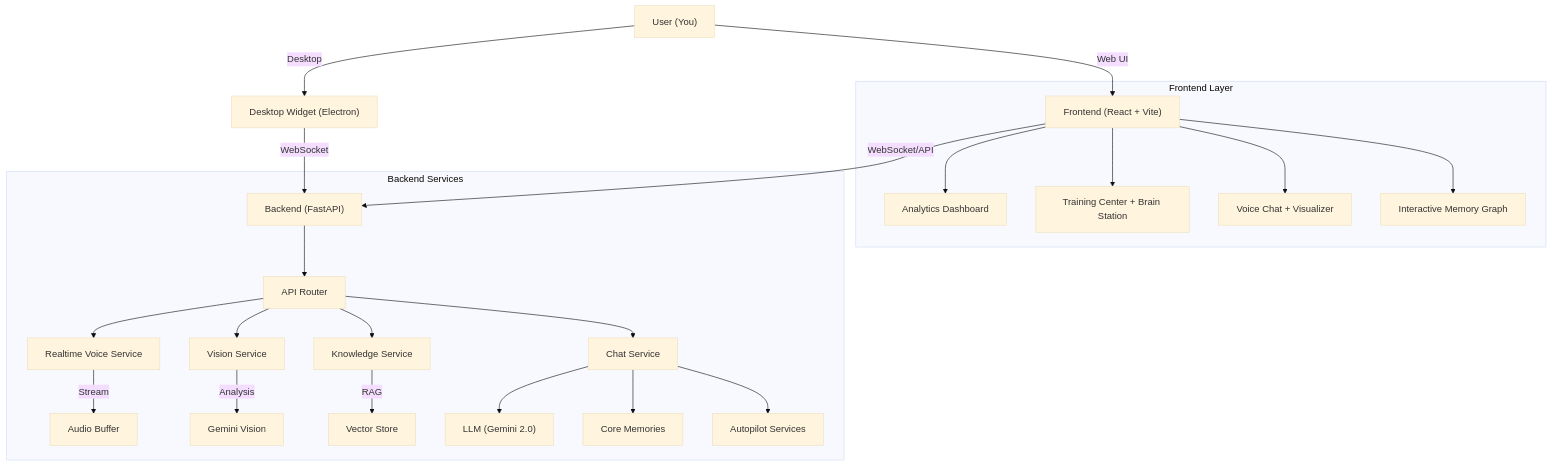
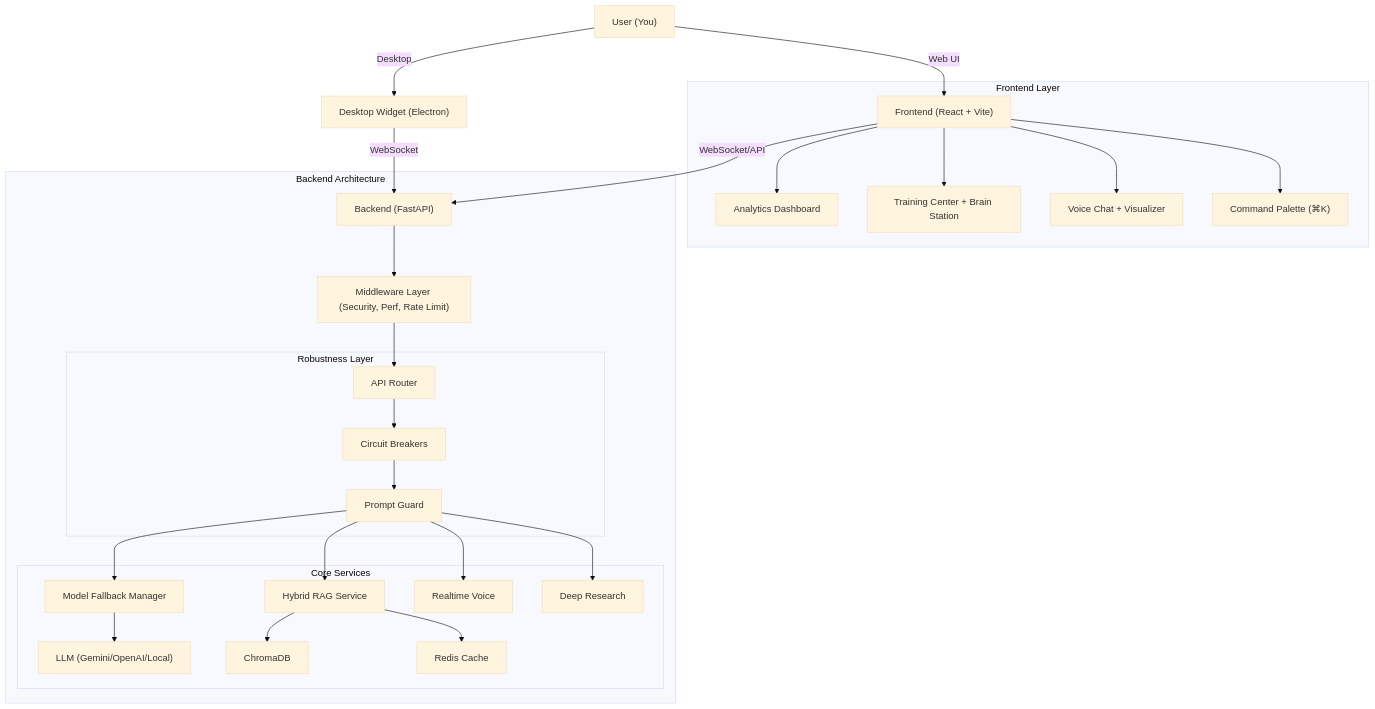
The first of 2 diagrams in README.md (ChiragNSundar/Chirag-clone), drawn with Mermaid (base theme) before and after one commit. The commit also changed other lines of this file and 45 other files, not shown here.

````diff
--- a/README.md
+++ b/README.md
@@ -92,31 +126,37 @@
 ```mermaid
 graph TD
     User["User (You)"] -->|Web UI| Frontend["Frontend (React + Vite)"]
     User -->|Desktop| Widget["Desktop Widget (Electron)"]
     
     subgraph "Frontend Layer"
         Frontend --> Dashboard["Analytics Dashboard"]
         Frontend --> Training["Training Center + Brain Station"]
         Frontend --> Chat["Voice Chat + Visualizer"]
-        Frontend --> Graph["Interactive Memory Graph"]
+        Frontend --> Command["Command Palette (⌘K)"]
     end
     
     Widget -->|WebSocket| Backend
     Frontend -->|WebSocket/API| Backend["Backend (FastAPI)"]
     
-    subgraph "Backend Services"
-        Backend --> Router["API Router"]
-        Router --> RealtimeVoice["Realtime Voice Service"]
-        Router --> Vision["Vision Service"]
-        Router --> Knowledge["Knowledge Service"]
-        Router --> ChatService["Chat Service"]
+    subgraph "Backend Architecture"
+        Backend --> Middle["Middleware Layer (Security, Perf, Rate Limit)"]
+        Middle --> Router["API Router"]
         
-        RealtimeVoice -->|Stream| WebAudio["Audio Buffer"]
-        Vision -->|Analysis| Jemini["Gemini Vision"]
-        Knowledge -->|RAG| ChromaDB["Vector Store"]
+        subgraph "Robustness Layer"
+            Router --> CB["Circuit Breakers"]
+            CB --> Guard["Prompt Guard"]
+        end
         
-        ChatService --> Brain["LLM (Gemini 2.0)"]
-        ChatService --> Memory["Core Memories"]
-        ChatService --> Autopilot["Autopilot Services"]
+        subgraph "Core Services"
+            Guard --> Fallback["Model Fallback Manager"]
+            Fallback --> L["LLM (Gemini/OpenAI/Local)"]
+            
+            Guard --> RAG["Hybrid RAG Service"]
+            RAG --> Chroma["ChromaDB"]
+            RAG --> Redis["Redis Cache"]
+            
+            Guard --> Realtime["Realtime Voice"]
+            Guard --> Research["Deep Research"]
+        end
     end
 ```
````
